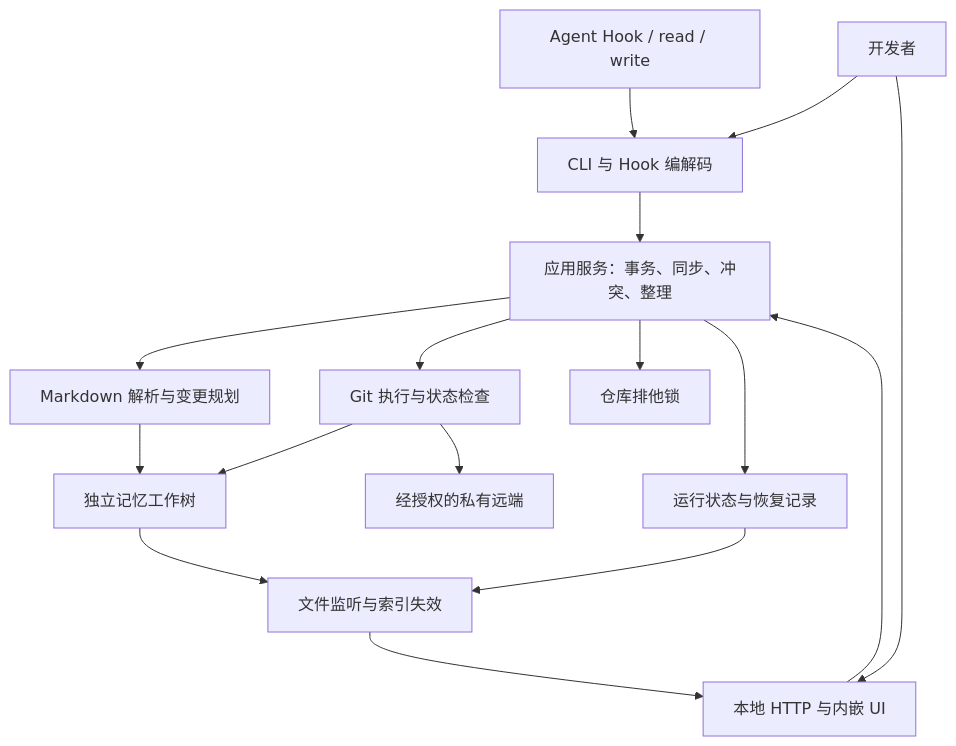
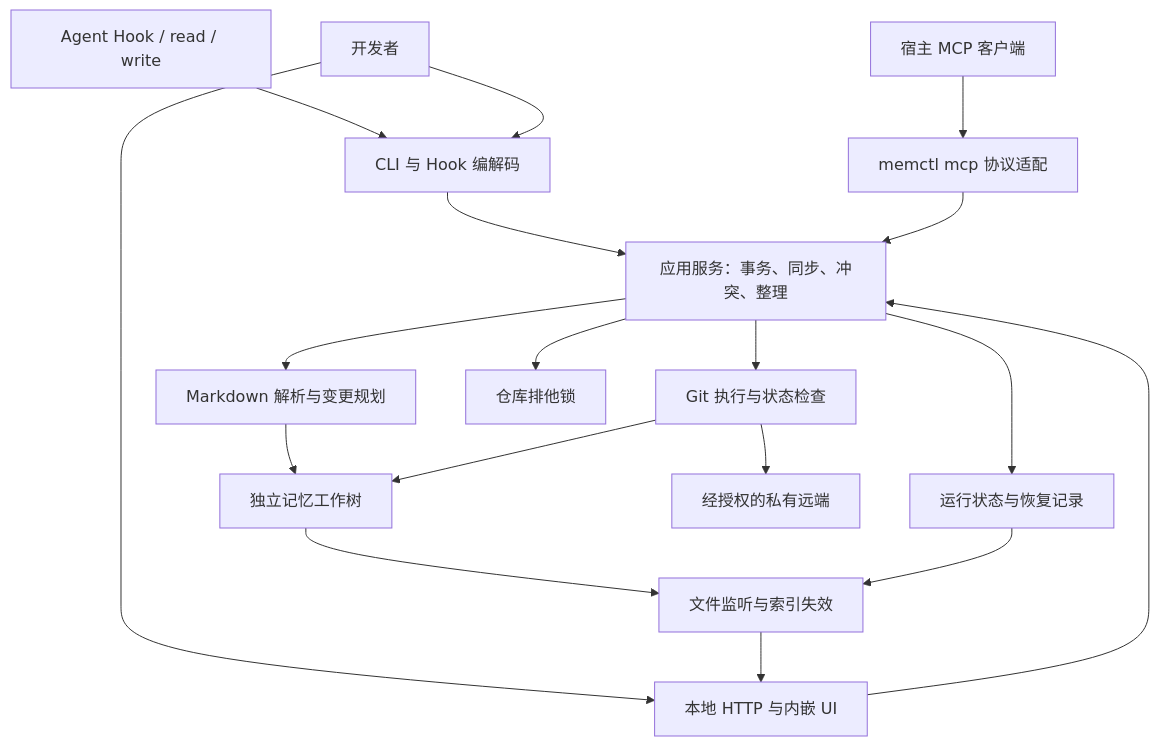
One commit to gray0128/memctl changed the diagram in docs/01-architecture-and-modules.md. Above: the diagram before and after it, drawn with Mermaid. The commit also changed other lines of this file and 10 other files, not shown here.

````diff
--- a/docs/01-architecture-and-modules.md
+++ b/docs/01-architecture-and-modules.md
@@ -9,18 +9,20 @@
 ```mermaid
 flowchart TB
     Agent["Agent Hook / read / write"] --> CLI["CLI 与 Hook 编解码"]
+    Host["宿主 MCP 客户端"] --> MCP["memctl mcp 协议适配"]
     Human["开发者"] --> CLI
     Human --> HTTP["本地 HTTP 与内嵌 UI"]
     CLI --> App["应用服务：事务、同步、冲突、整理"]
+    MCP --> App
     HTTP --> App
     App --> Vault["Markdown 解析与变更规划"]
     App --> Git["Git 执行与状态检查"]
     App --> Lock["仓库排他锁"]
     App --> State["运行状态与恢复记录"]
     Vault --> Repo["独立记忆工作树"]
     Git --> Repo
     Git --> Remote["经授权的私有远端"]
     Repo --> Watch["文件监听与索引失效"]
     State --> Watch
     Watch --> HTTP
 ```
````
